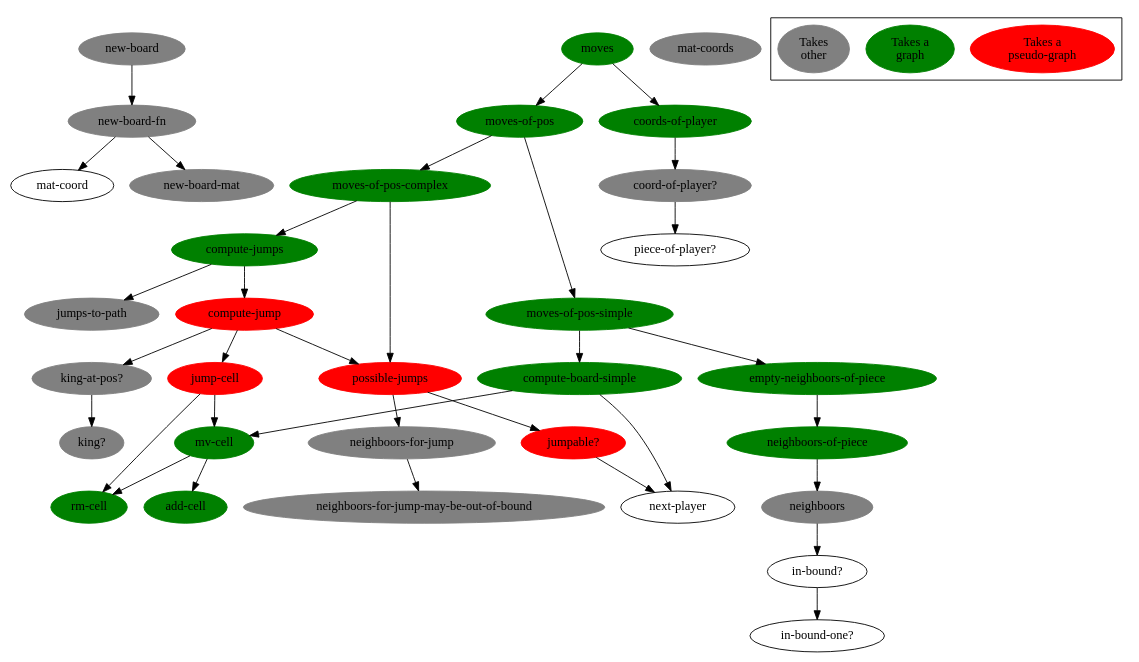
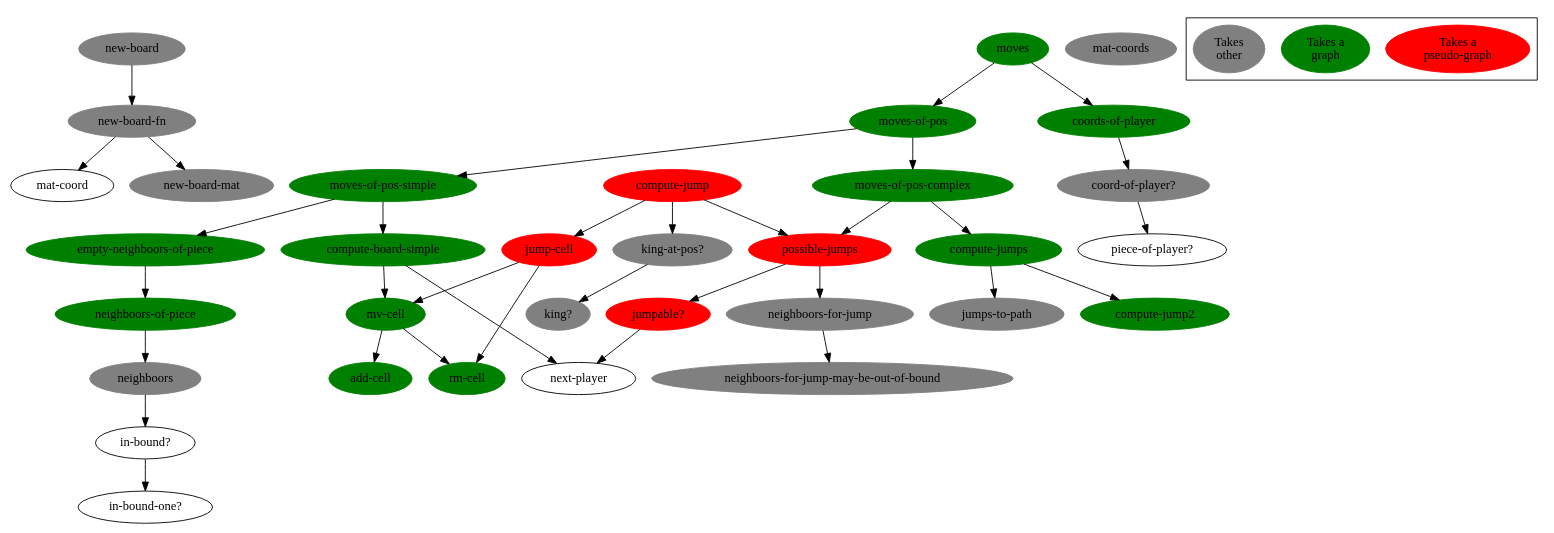
One commit to denlab/clojure-plays-checkers changed the diagram in doc/function-graph-detailled.dot. Above: the diagram before and after it, drawn with Graphviz.

Commit message:
refacto-in-progress: compute-jumps branched on compute-jump2

```diff
--- a/doc/function-graph-detailled.dot
+++ b/doc/function-graph-detailled.dot
@@ -1,112 +1,115 @@
 digraph funtions {
 
 /******************************************************************************
  *                         edges                                              *         
  ******************************************************************************/
 
         "new-board-fn" -> "mat-coord";
         "new-board-fn" -> "new-board-mat";
         
         "new-board" -> "new-board-fn";
 
         "in-bound?" -> "in-bound-one?";
 
         "neighboors" -> "in-bound?";
 
         "neighboors-of-piece" -> "neighboors";
 
         "empty-neighboors-of-piece" -> "neighboors-of-piece";
 
         "mv-cell" -> "rm-cell";
         "mv-cell" -> "add-cell";
 
         "compute-board-simple" -> "mv-cell";
         "compute-board-simple" -> "next-player";
 
         "moves-of-pos-simple" -> "compute-board-simple";
         "moves-of-pos-simple" ->  "empty-neighboors-of-piece";
         
         "neighboors-for-jump" -> "neighboors-for-jump-may-be-out-of-bound";
 
         "jumpable?" -> "next-player";
 
         "possible-jumps" -> "jumpable?";
         "possible-jumps" -> "neighboors-for-jump";
 
         "jump-cell" -> "rm-cell";
         "jump-cell" -> "mv-cell";
 
         "king-at-pos?" -> "king?";
 
         "compute-jump" -> "jump-cell";
         "compute-jump" -> "possible-jumps";
         "compute-jump" -> "king-at-pos?";
 
-        "compute-jumps" -> "compute-jump";
+        "compute-jumps" -> "compute-jump2";
         "compute-jumps" -> "jumps-to-path";
 
         "moves-of-pos-complex" -> "compute-jumps";
         "moves-of-pos-complex" -> "possible-jumps";
 
         "moves-of-pos" -> "moves-of-pos-simple";
         "moves-of-pos" -> "moves-of-pos-complex";
 
         "coord-of-player?" -> "piece-of-player?";
 
         "coords-of-player" -> "coord-of-player?";
 
         "moves" -> "moves-of-pos";
         "moves" -> "coords-of-player";
 
 /******************************************************************************
  *                         nodes                                              *         
  ******************************************************************************/
 
         "moves"[bgcolor=green color=green style=filled];
         "coords-of-player"[bgcolor=green color=green style=filled];
         "moves-of-pos"[bgcolor=green color=green style=filled];
         "moves-of-pos-complex"[bgcolor=green color=green style=filled];
         "moves-of-pos-simple"[bgcolor=green color=green style=filled];
         "compute-board-simple"[bgcolor=green color=green style=filled];
         "mv-cell"[bgcolor=green color=green style=filled];
         "add-cell"[bgcolor=green color=green style=filled];
         "rm-cell"[bgcolor=green color=green style=filled];
         "empty-neighboors-of-piece"[bgcolor=green color=green style=filled];
         "neighboors-of-piece"[bgcolor=green color=green style=filled];
 
         "compute-jump"[bgcolor=red color=red style=filled];
+
+        "compute-jump2"[bgcolor=green color=green style=filled];
+
         "jump-cell"[bgcolor=red color=red style=filled];
         "possible-jumps"[bgcolor=red color=red style=filled];
         "jumpable?"[bgcolor=red color=red style=filled];
 
         "coord-of-player?"[bgcolor=grey color=grey style=filled];
         "jumps-to-path"[bgcolor=grey color=grey style=filled];
         "king-at-pos?"[bgcolor=grey color=grey style=filled];
         "king?"[bgcolor=grey color=grey style=filled];
         "neighboors-for-jump"[bgcolor=grey color=grey style=filled];
         "neighboors-for-jump-may-be-out-of-bound"[bgcolor=grey color=grey style=filled];
         "neighboors"[bgcolor=grey color=grey style=filled];
         "new-board"[bgcolor=grey color=grey style=filled];
         "new-board-fn"[bgcolor=grey color=grey style=filled];
         "new-board-mat"[bgcolor=grey color=grey style=filled];
         "mat-coords"[bgcolor=grey color=grey style=filled];
 
 
         "compute-jumps"[bgcolor=green color=green style=filled];
 
 /******************************************************************************
  *                         legend                                             *         
  ******************************************************************************/
 
         "Takes a\npseudo-graph"[bgcolor=red color=red style=filled];
         "Takes a\ngraph"[bgcolor=green color=green style=filled];
 //        "Takes\nother"[bgcolor="#94003f" color="#94003f" style=filled];
         "Takes\nother"[bgcolor=grey color=grey style=filled];
 
         subgraph "cluster-legend" {
                 "Takes a\npseudo-graph";
                 "Takes a\ngraph";
                 "Takes\nother";
         }
 
 }
```
